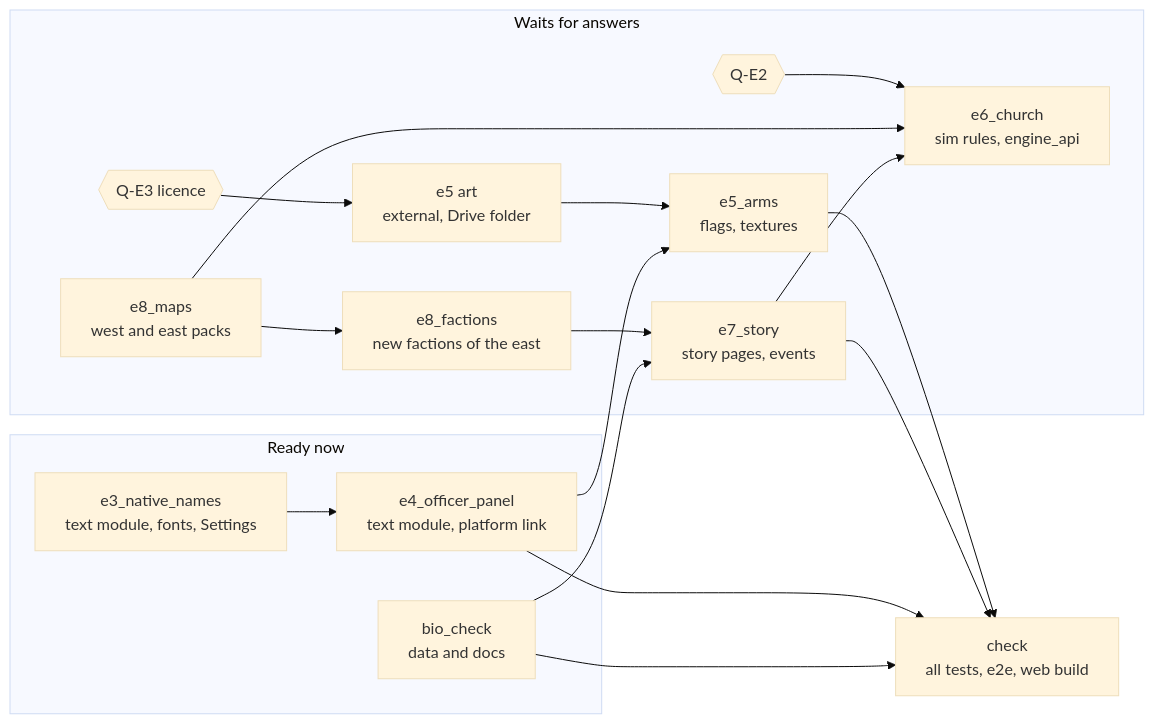
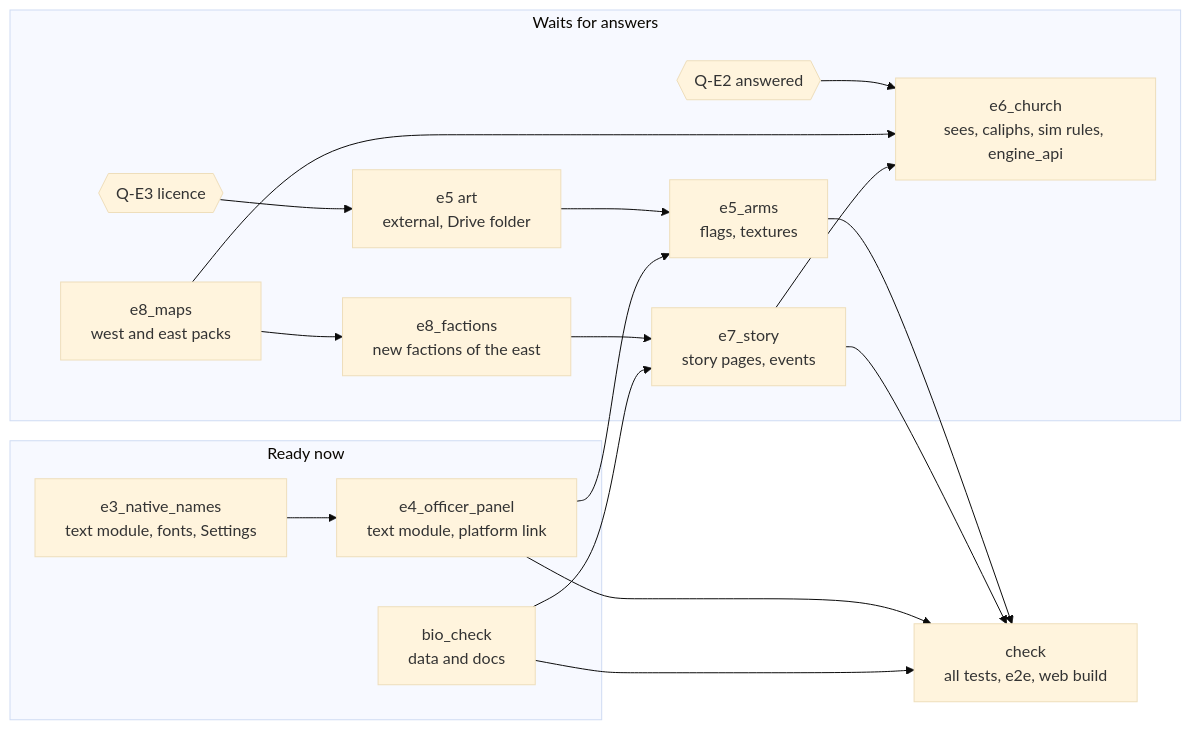
Before and after one commit to yksi7417/sanguodream: the diagram in docs/EUROPE.md, drawn with Mermaid (base theme). The commit also changed other lines of this file and 2 other files, not shown here.

First line of the commit message:
docs: The answer to Q-E2 and the brief of the stage e6_church

````diff
--- a/docs/EUROPE.md
+++ b/docs/EUROPE.md
@@ -736,23 +763,23 @@
 ```mermaid
 flowchart LR
     subgraph now["Ready now"]
         bio[bio_check<br/>data and docs]
         e3[e3_native_names<br/>text module, fonts, Settings]
         e4[e4_officer_panel<br/>text module, platform link]
         e3 --> e4
     end
     subgraph wait["Waits for answers"]
         q3{{Q-E3 licence}} --> art[e5 art<br/>external, Drive folder] --> e5[e5_arms<br/>flags, textures]
-        q1{{Q-E2}} --> e6[e6_church<br/>sim rules, engine_api]
+        q1{{Q-E2 answered}} --> e6[e6_church<br/>sees, caliphs, sim rules, engine_api]
         e8[e8_maps<br/>west and east packs] --> e6
         e8 --> e8f[e8_factions<br/>new factions of the east]
         e8f --> e7[e7_story<br/>story pages, events]
         e7 --> e6
     end
     e4 --> e5
     bio --> e7
     e4 --> check[check<br/>all tests, e2e, web build]
     bio --> check
     e5 --> check
     e7 --> check
 ```
````
